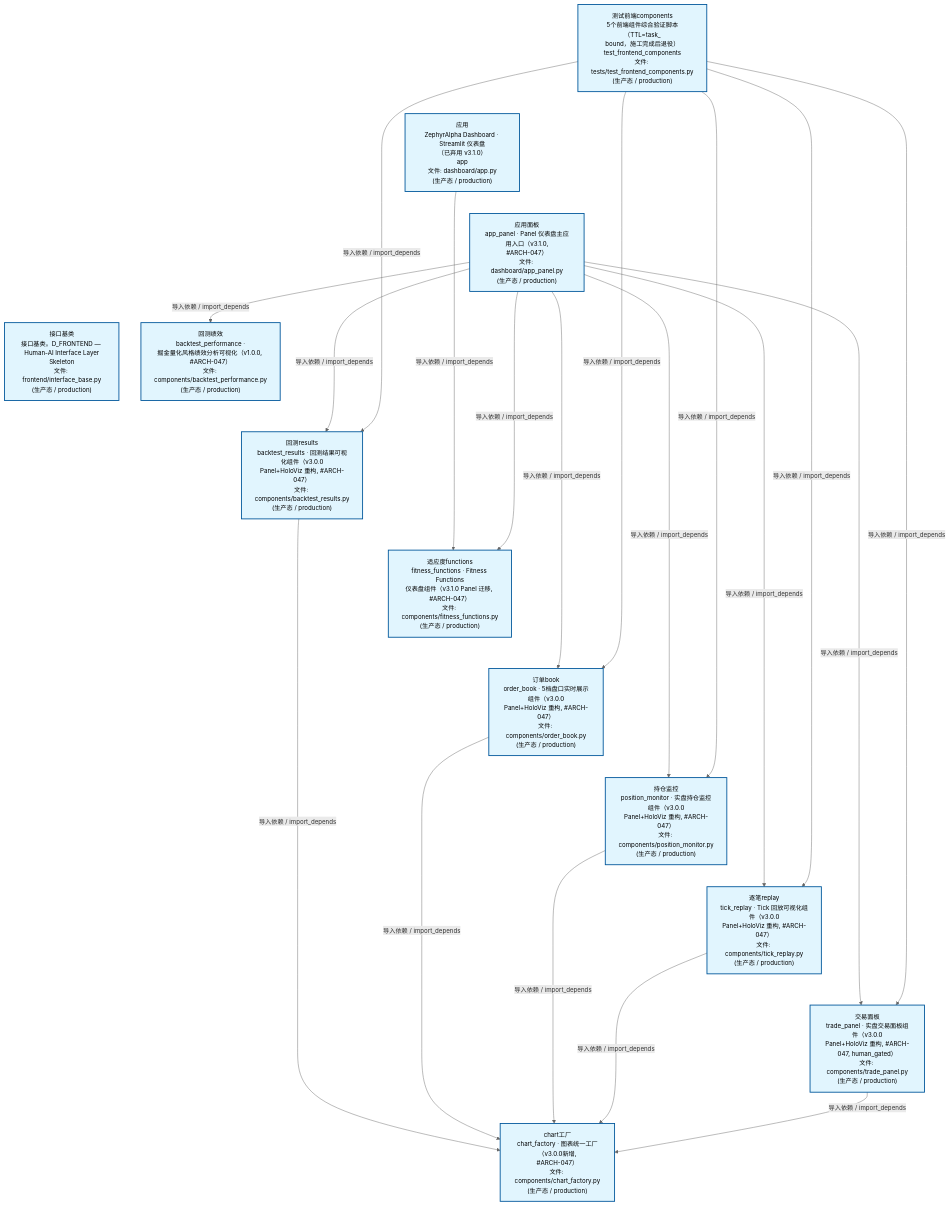
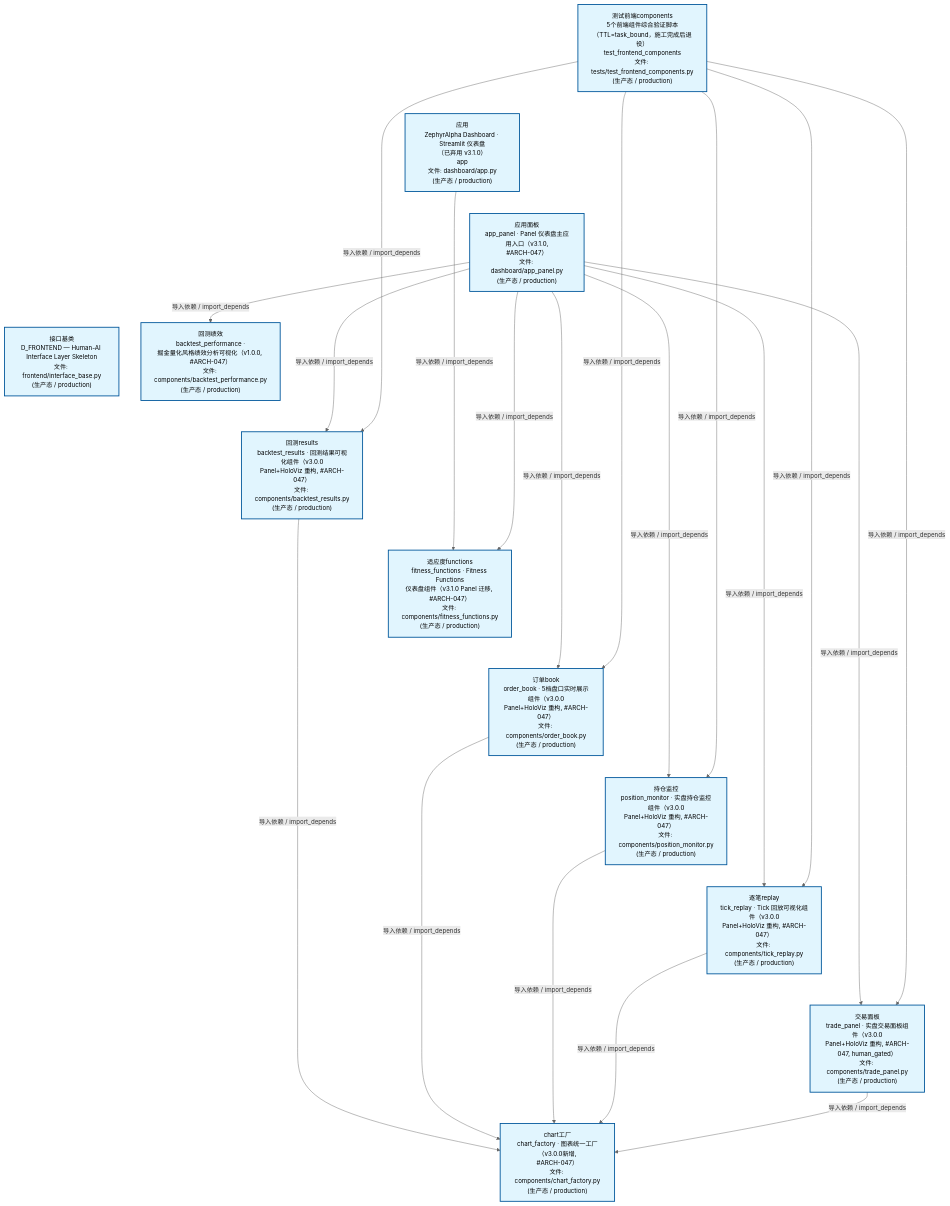
The second of 4 diagrams in docs/02_enterprise_architecture/02_domain_architecture_docs/47_d_frontend.md (xuanFelixVan/ZephyrAlpha), drawn with Mermaid before and after one commit. The commit also changed other lines of this file and 59 other files, not shown here.

````diff
--- a/docs/02_enterprise_architecture/02_domain_architecture_docs/47_d_frontend.md
+++ b/docs/02_enterprise_architecture/02_domain_architecture_docs/47_d_frontend.md
@@ -124,48 +124,48 @@
 ```mermaid
 %%{init: {'theme': 'base', 'themeVariables': {'primaryColor': '#eaeaea', 'primaryTextColor': '#333333', 'primaryBorderColor': '#666666', 'lineColor': '#666666', 'secondaryColor': '#eaeaea', 'tertiaryColor': '#eaeaea', 'fontSize': '14px'}}}%%
 flowchart TD
-    scripts_tests_test_frontend_components_py["测试前端components<br/>5个前端组件综合验证脚本（TTL=task_<br/>bound，施工完成后退役）<br/>test_frontend_components<br/>文件: tests/test_frontend_components.py<br/>(生产态 / production)"]
+    scripts_tests_test_frontend_components_py["测试前端components<br/>5个前端组件综合验证脚本<br/>（TTL=task_bound，施工完成后退役）<br/>test_frontend_components<br/>文件: tests/test_frontend_components.py<br/>(生产态 / production)"]
     src_zephyr_frontend_dashboard_app_py["应用<br/>ZephyrAlpha Dashboard · Streamlit 仪表盘<br/>（已弃用 v3.1.0）<br/>app<br/>文件: dashboard/app.py<br/>(生产态 / production)"]
     src_zephyr_frontend_dashboard_app_panel_py["应用面板<br/>app_panel · Panel 仪表盘主应用入口（v3.1.0,<br/>#ARCH-047）<br/>文件: dashboard/app_panel.py<br/>(生产态 / production)"]
-    src_zephyr_frontend_interface_base_py["接口基类<br/>接口基类。D_FRONTEND — Human-AI Interface Layer<br/>Skeleton<br/>文件: frontend/interface_base.py<br/>(生产态 / production)"]
+    src_zephyr_frontend_interface_base_py["接口基类<br/>D_FRONTEND — Human-AI Interface Layer Skeleton<br/>文件: frontend/interface_base.py<br/>(生产态 / production)"]
     scripts_tests_test_frontend_components_py ~~~ src_zephyr_frontend_dashboard_app_py
     src_zephyr_frontend_dashboard_app_py ~~~ src_zephyr_frontend_dashboard_app_panel_py
     src_zephyr_frontend_dashboard_app_panel_py ~~~ src_zephyr_frontend_interface_base_py
     src_zephyr_frontend_dashboard_components_backtest_performance_py["回测绩效<br/>backtest_performance ·<br/>掘金量化风格绩效分析可视化（v1.0.0, #ARCH-047）<br/>文件: components/backtest_performance.py<br/>(生产态 / production)"]
     src_zephyr_frontend_dashboard_components_backtest_results_py["回测results<br/>backtest_results · 回测结果可视化组件（v3.0.0<br/>Panel+HoloViz 重构, #ARCH-047）<br/>文件: components/backtest_results.py<br/>(生产态 / production)"]
     src_zephyr_frontend_dashboard_components_fitness_functions_py["适应度functions<br/>fitness_functions · Fitness Functions<br/>仪表盘组件（v3.1.0 Panel 迁移, #ARCH-047）<br/>文件: components/fitness_functions.py<br/>(生产态 / production)"]
     src_zephyr_frontend_dashboard_components_order_book_py["订单book<br/>order_book · 5档盘口实时展示组件（v3.0.0<br/>Panel+HoloViz 重构, #ARCH-047）<br/>文件: components/order_book.py<br/>(生产态 / production)"]
     src_zephyr_frontend_dashboard_components_position_monitor_py["持仓监控<br/>position_monitor · 实盘持仓监控组件（v3.0.0<br/>Panel+HoloViz 重构, #ARCH-047）<br/>文件: components/position_monitor.py<br/>(生产态 / production)"]
     src_zephyr_frontend_dashboard_components_tick_replay_py["逐笔replay<br/>tick_replay · Tick 回放可视化组件（v3.0.0<br/>Panel+HoloViz 重构, #ARCH-047）<br/>文件: components/tick_replay.py<br/>(生产态 / production)"]
     src_zephyr_frontend_dashboard_components_trade_panel_py["交易面板<br/>trade_panel · 实盘交易面板组件（v3.0.0<br/>Panel+HoloViz 重构, #ARCH-047, human_gated）<br/>文件: components/trade_panel.py<br/>(生产态 / production)"]
     src_zephyr_frontend_dashboard_components_backtest_performance_py ~~~ src_zephyr_frontend_dashboard_components_backtest_results_py
     src_zephyr_frontend_dashboard_components_backtest_results_py ~~~ src_zephyr_frontend_dashboard_components_fitness_functions_py
     src_zephyr_frontend_dashboard_components_fitness_functions_py ~~~ src_zephyr_frontend_dashboard_components_order_book_py
     src_zephyr_frontend_dashboard_components_order_book_py ~~~ src_zephyr_frontend_dashboard_components_position_monitor_py
     src_zephyr_frontend_dashboard_components_position_monitor_py ~~~ src_zephyr_frontend_dashboard_components_tick_replay_py
     src_zephyr_frontend_dashboard_components_tick_replay_py ~~~ src_zephyr_frontend_dashboard_components_trade_panel_py
     src_zephyr_frontend_dashboard_components_chart_factory_py["chart工厂<br/>chart_factory · 图表统一工厂（v3.0.0新增,<br/>#ARCH-047）<br/>文件: components/chart_factory.py<br/>(生产态 / production)"]
     src_zephyr_frontend_dashboard_app_py -->|导入依赖 / import_depends| src_zephyr_frontend_dashboard_components_fitness_functions_py
     src_zephyr_frontend_dashboard_app_panel_py -->|导入依赖 / import_depends| src_zephyr_frontend_dashboard_components_backtest_performance_py
     src_zephyr_frontend_dashboard_app_panel_py -->|导入依赖 / import_depends| src_zephyr_frontend_dashboard_components_backtest_results_py
     src_zephyr_frontend_dashboard_app_panel_py -->|导入依赖 / import_depends| src_zephyr_frontend_dashboard_components_order_book_py
     src_zephyr_frontend_dashboard_app_panel_py -->|导入依赖 / import_depends| src_zephyr_frontend_dashboard_components_position_monitor_py
     src_zephyr_frontend_dashboard_app_panel_py -->|导入依赖 / import_depends| src_zephyr_frontend_dashboard_components_fitness_functions_py
     src_zephyr_frontend_dashboard_app_panel_py -->|导入依赖 / import_depends| src_zephyr_frontend_dashboard_components_tick_replay_py
     src_zephyr_frontend_dashboard_app_panel_py -->|导入依赖 / import_depends| src_zephyr_frontend_dashboard_components_trade_panel_py
     src_zephyr_frontend_dashboard_components_backtest_results_py -->|导入依赖 / import_depends| src_zephyr_frontend_dashboard_components_chart_factory_py
     src_zephyr_frontend_dashboard_components_order_book_py -->|导入依赖 / import_depends| src_zephyr_frontend_dashboard_components_chart_factory_py
     src_zephyr_frontend_dashboard_components_position_monitor_py -->|导入依赖 / import_depends| src_zephyr_frontend_dashboard_components_chart_factory_py
     src_zephyr_frontend_dashboard_components_tick_replay_py -->|导入依赖 / import_depends| src_zephyr_frontend_dashboard_components_chart_factory_py
     src_zephyr_frontend_dashboard_components_trade_panel_py -->|导入依赖 / import_depends| src_zephyr_frontend_dashboard_components_chart_factory_py
     scripts_tests_test_frontend_components_py -->|导入依赖 / import_depends| src_zephyr_frontend_dashboard_components_backtest_results_py
     scripts_tests_test_frontend_components_py -->|导入依赖 / import_depends| src_zephyr_frontend_dashboard_components_order_book_py
     scripts_tests_test_frontend_components_py -->|导入依赖 / import_depends| src_zephyr_frontend_dashboard_components_position_monitor_py
     scripts_tests_test_frontend_components_py -->|导入依赖 / import_depends| src_zephyr_frontend_dashboard_components_tick_replay_py
     scripts_tests_test_frontend_components_py -->|导入依赖 / import_depends| src_zephyr_frontend_dashboard_components_trade_panel_py
     classDef production fill:#e1f5fe,stroke:#01579b,stroke-width:2px,color:#000
     classDef design fill:#fff3e0,stroke:#e65100,stroke-width:2px,color:#000,stroke-dasharray: 5 5
     classDef external_prod fill:#e8f4fd,stroke:#0277bd,stroke-width:1px,color:#000
     classDef external_design fill:#fff8e7,stroke:#ef6c00,stroke-width:1px,color:#000,stroke-dasharray: 5 5
     class scripts_tests_test_frontend_components_py,src_zephyr_frontend_dashboard_app_py,src_zephyr_frontend_dashboard_app_panel_py,src_zephyr_frontend_dashboard_components_backtest_performance_py,src_zephyr_frontend_dashboard_components_backtest_results_py,src_zephyr_frontend_dashboard_components_chart_factory_py,src_zephyr_frontend_dashboard_components_fitness_functions_py,src_zephyr_frontend_dashboard_components_order_book_py,src_zephyr_frontend_dashboard_components_position_monitor_py,src_zephyr_frontend_dashboard_components_tick_replay_py,src_zephyr_frontend_dashboard_components_trade_panel_py,src_zephyr_frontend_interface_base_py production
 ```
````
